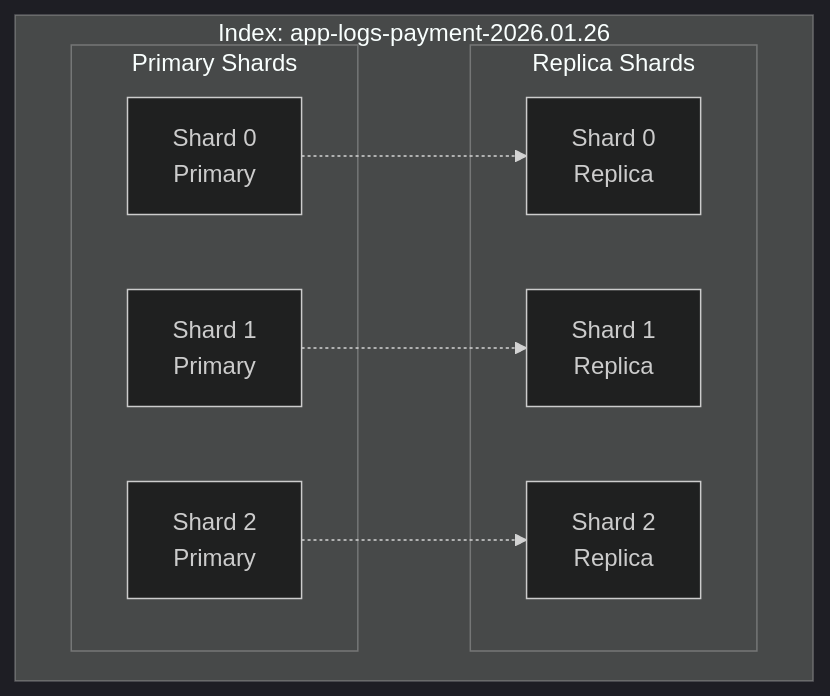
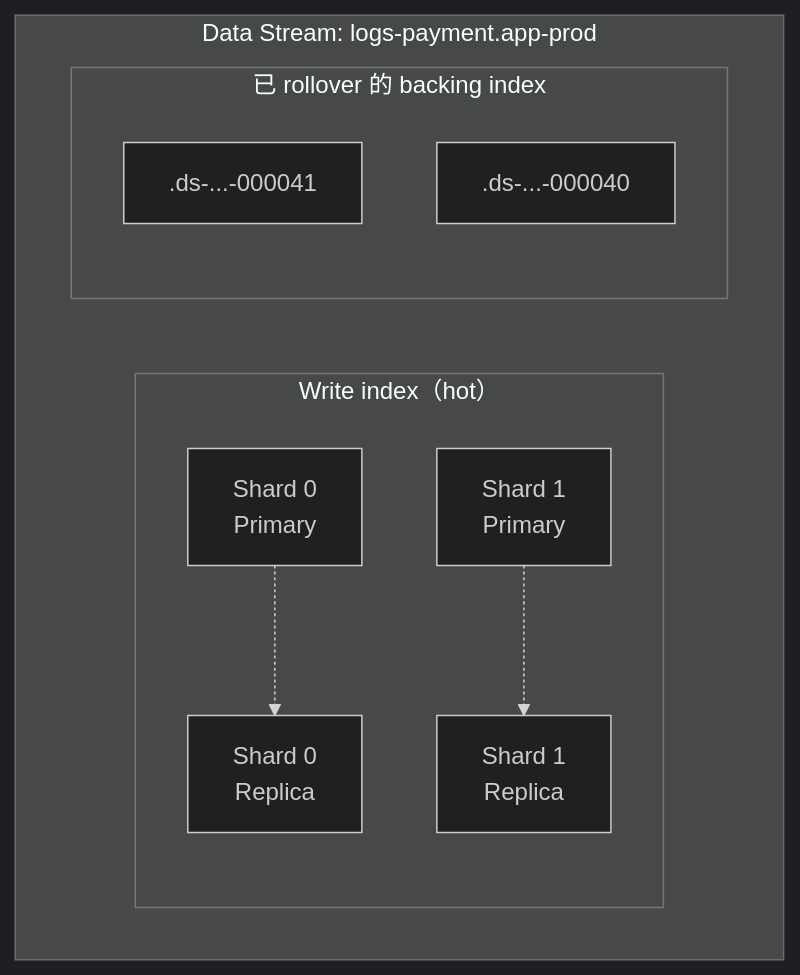
The fifth of 19 diagrams in content/posts/教學/工具/Logs Visualization教學手冊.md (chihhung/Blog), drawn with Mermaid (dark theme) before and after one commit. The commit also changed other lines of this file and 8 other files, not shown here.

````diff
--- a/content/posts/教學/工具/Logs Visualization教學手冊.md
+++ b/content/posts/教學/工具/Logs Visualization教學手冊.md
@@ -450,19 +703,18 @@
 ```mermaid
 graph TB
-    subgraph "Index: app-logs-payment-2026.01.26"
-        subgraph "Primary Shards"
+    subgraph "Data Stream: logs-payment.app-prod"
+        subgraph "Write index（hot）"
             P0[Shard 0<br/>Primary]
             P1[Shard 1<br/>Primary]
-            P2[Shard 2<br/>Primary]
-        end
-        subgraph "Replica Shards"
             R0[Shard 0<br/>Replica]
             R1[Shard 1<br/>Replica]
-            R2[Shard 2<br/>Replica]
+        end
+        subgraph "已 rollover 的 backing index"
+            OLD1[.ds-...-000041]
+            OLD2[.ds-...-000040]
         end
     end
-    
+
     P0 -.-> R0
     P1 -.-> R1
-    P2 -.-> R2
 ```
````
